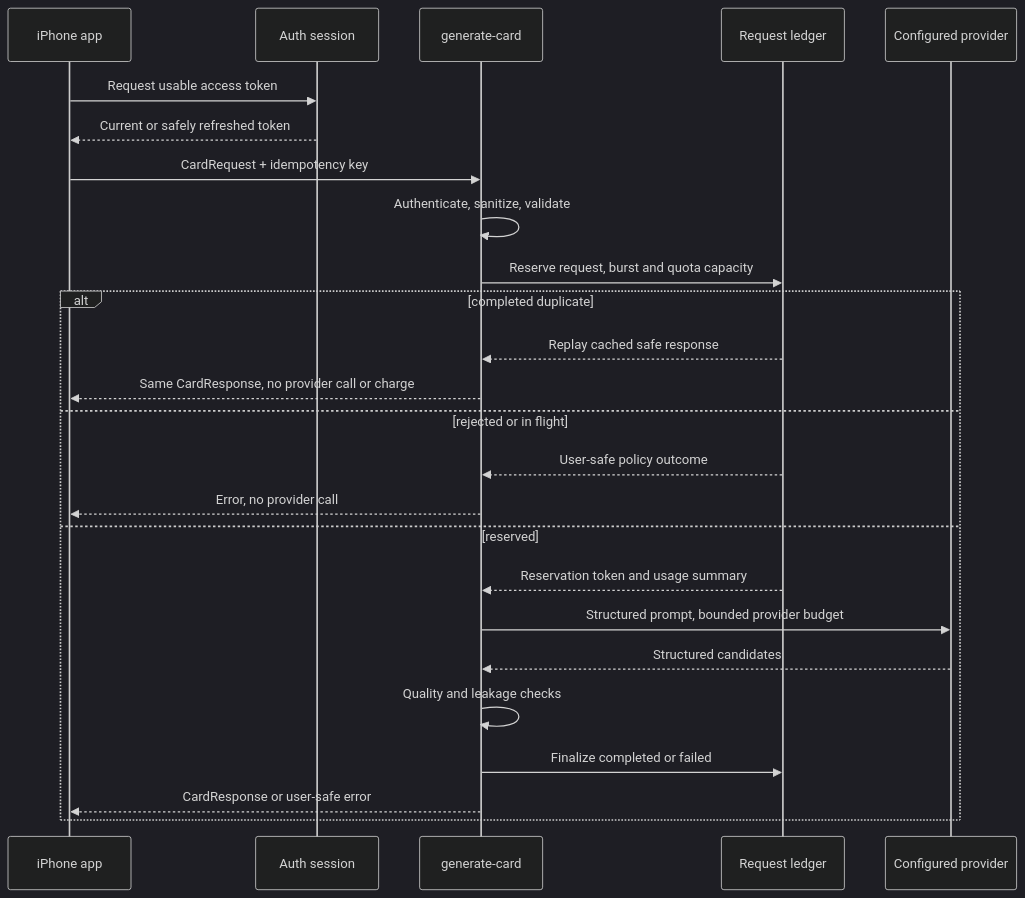
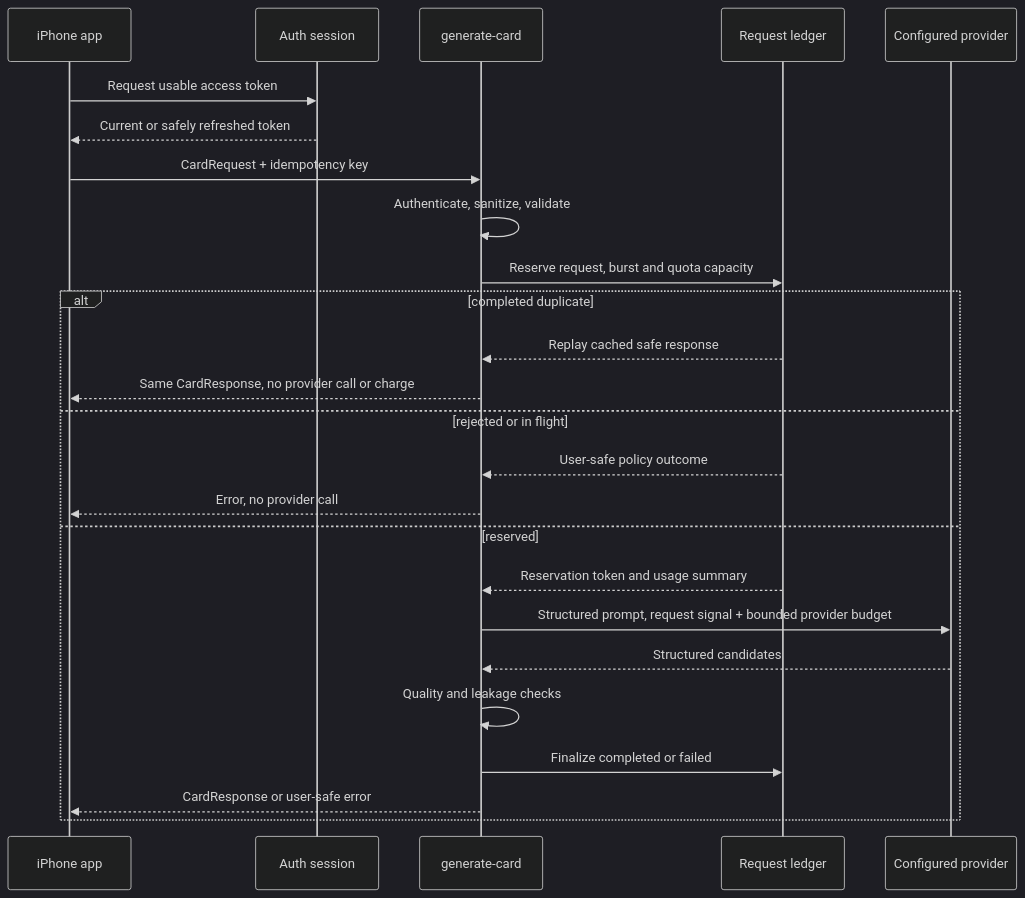
Before and after one commit to jarrydaubert/prosepal: the diagram in docs/engineering/ai-generation.md, drawn with Mermaid (dark theme). The commit also changed other lines of this file and 24 other files, not shown here.

````diff
--- a/docs/engineering/ai-generation.md
+++ b/docs/engineering/ai-generation.md
@@ -35,28 +51,28 @@
 ```mermaid
 sequenceDiagram
   participant App as iPhone app
   participant Auth as Auth session
   participant Edge as generate-card
   participant DB as Request ledger
   participant AI as Configured provider
 
   App->>Auth: Request usable access token
   Auth-->>App: Current or safely refreshed token
   App->>Edge: CardRequest + idempotency key
   Edge->>Edge: Authenticate, sanitize, validate
   Edge->>DB: Reserve request, burst and quota capacity
   alt completed duplicate
     DB-->>Edge: Replay cached safe response
     Edge-->>App: Same CardResponse, no provider call or charge
   else rejected or in flight
     DB-->>Edge: User-safe policy outcome
     Edge-->>App: Error, no provider call
   else reserved
     DB-->>Edge: Reservation token and usage summary
-    Edge->>AI: Structured prompt, bounded provider budget
+    Edge->>AI: Structured prompt, request signal + bounded provider budget
     AI-->>Edge: Structured candidates
     Edge->>Edge: Quality and leakage checks
     Edge->>DB: Finalize completed or failed
     Edge-->>App: CardResponse or user-safe error
   end
 ```
````
